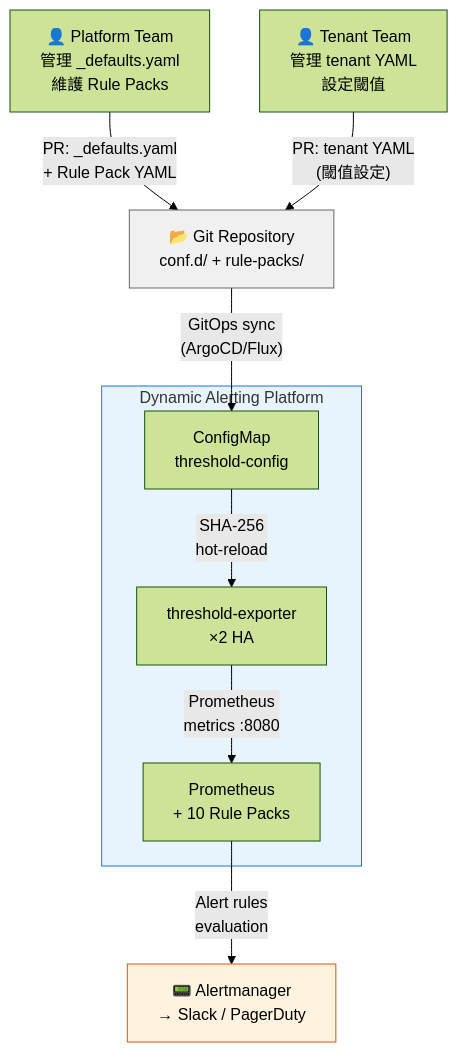
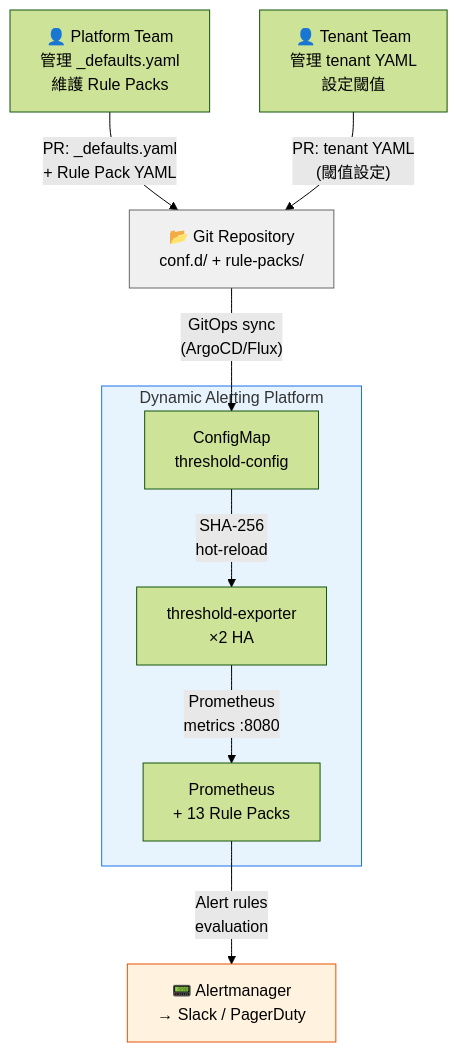
One commit to vencil/Dynamic-Alerting-Integrations changed the first of 6 diagrams in docs/architecture-and-design.md. Above: the diagram before and after it, drawn with Mermaid (forest theme). The commit also changed other lines of this file and 41 other files, not shown here.

````diff
--- a/docs/architecture-and-design.md
+++ b/docs/architecture-and-design.md
@@ -30,25 +30,25 @@
 ```mermaid
 graph TB
     PT["👤 Platform Team<br/>管理 _defaults.yaml<br/>維護 Rule Packs"]
     TT["👤 Tenant Team<br/>管理 tenant YAML<br/>設定閾值"]
     Git["📂 Git Repository<br/>conf.d/ + rule-packs/"]
 
     subgraph DAP["Dynamic Alerting Platform"]
         TE["threshold-exporter<br/>×2 HA"]
-        PM["Prometheus<br/>+ 10 Rule Packs"]
+        PM["Prometheus<br/>+ 13 Rule Packs"]
         CM["ConfigMap<br/>threshold-config"]
     end
 
     AM["📟 Alertmanager<br/>→ Slack / PagerDuty"]
 
     PT -->|"PR: _defaults.yaml<br/>+ Rule Pack YAML"| Git
     TT -->|"PR: tenant YAML<br/>(閾值設定)"| Git
     Git -->|"GitOps sync<br/>(ArgoCD/Flux)"| CM
     CM -->|"SHA-256<br/>hot-reload"| TE
     TE -->|"Prometheus<br/>metrics :8080"| PM
     PM -->|"Alert rules<br/>evaluation"| AM
 
     style DAP fill:#e8f4fd,stroke:#1a73e8
     style Git fill:#f0f0f0,stroke:#666
     style AM fill:#fff3e0,stroke:#e65100
 ```
````
